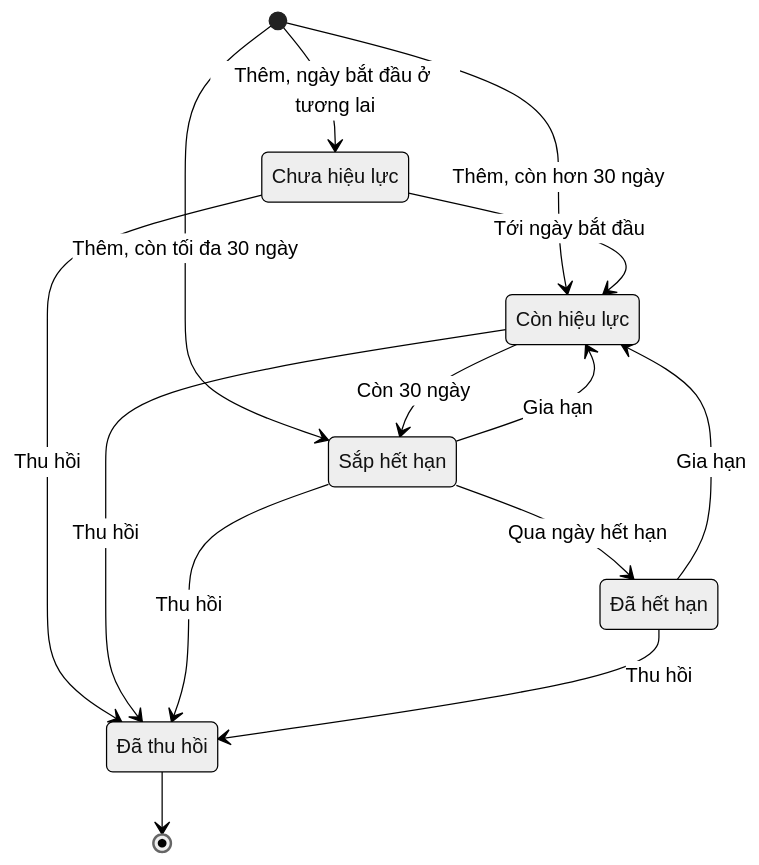
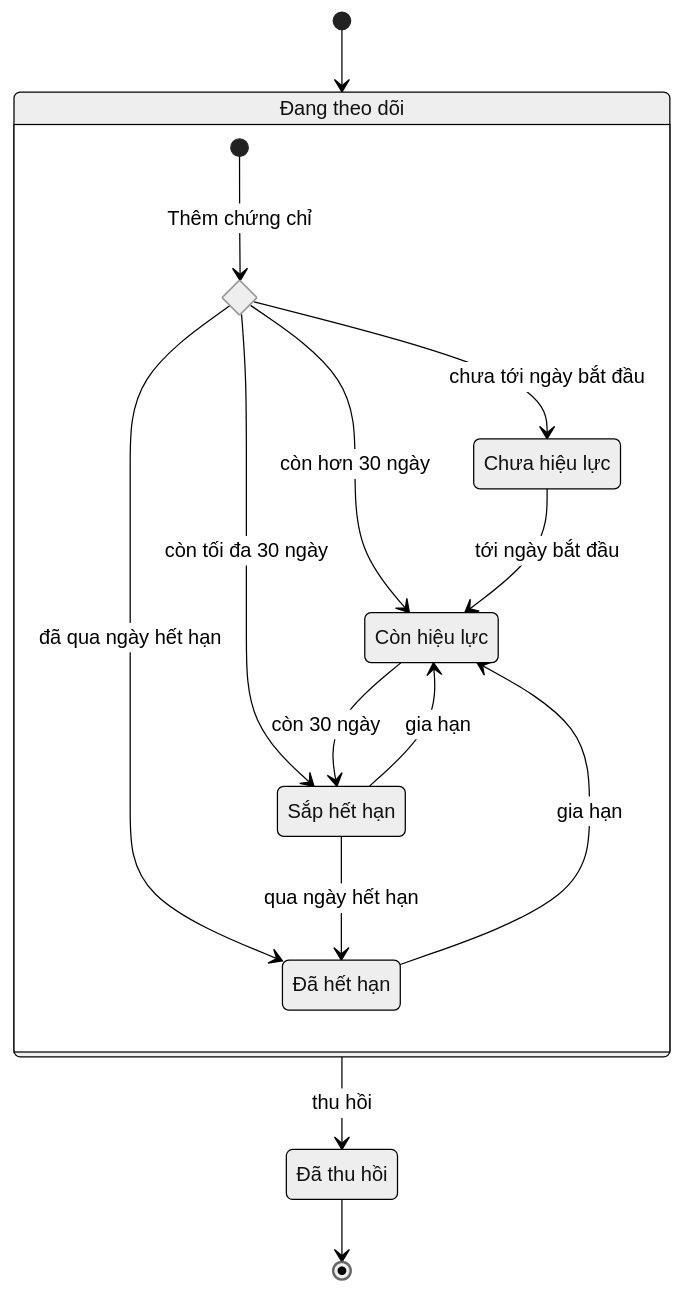
The diagram in docs/SPEC.md (sakuralegend/cipher), drawn with Mermaid (neutral theme) before and after one commit. The commit also changed other lines of this file and 1 other file, not shown here.

Commit message:
Sơ đồ trạng thái dùng trạng thái lớn "Đang theo dõi"; rút gọn nhãn sơ đồ trình tự
Vì sao: chụp trang GitHub 08/11/2026 thấy sơ đồ trạng thái ở SPEC báo "Unable to render rich display"
(Mermaid 11.4.1 ở máy vẽ được, nên lệch nằm ở bản Mermaid của GitHub), và bản cũ có 4 mũi tên Thu hồi
chéo nhau khó đọc. Bản mới gom 4 trạng thái còn theo dõi vào một trạng thái lớn, một mũi tên Thu hồi,
một nút rẽ nhánh khi thêm; đã vẽ thử được ở Mermaid 10.9.1 và 11.4.1.
Sơ đồ trình tự 4.2, 4.4 có nhãn dài làm sơ đồ rộng ra, GitHub thu nhỏ đến khó đọc: rút gọn nhãn,
phần giải thích chuyển ra câu dẫn.

````diff
--- a/docs/SPEC.md
+++ b/docs/SPEC.md
@@ -100,22 +102,25 @@
 ```mermaid
 stateDiagram-v2
-    state "Chưa hiệu lực" as ChuaHL
-    state "Còn hiệu lực" as ConHL
-    state "Sắp hết hạn" as SapHH
-    state "Đã hết hạn" as HetHan
+    direction TB
+    state "Đang theo dõi" as TheoDoi {
+        state chon <<choice>>
+        state "Chưa hiệu lực" as ChuaHL
+        state "Còn hiệu lực" as ConHL
+        state "Sắp hết hạn" as SapHH
+        state "Đã hết hạn" as HetHan
+        [*] --> chon: Thêm chứng chỉ
+        chon --> ChuaHL: chưa tới ngày bắt đầu
+        chon --> ConHL: còn hơn 30 ngày
+        chon --> SapHH: còn tối đa 30 ngày
+        chon --> HetHan: đã qua ngày hết hạn
+        ChuaHL --> ConHL: tới ngày bắt đầu
+        ConHL --> SapHH: còn 30 ngày
+        SapHH --> HetHan: qua ngày hết hạn
+        SapHH --> ConHL: gia hạn
+        HetHan --> ConHL: gia hạn
+    }
     state "Đã thu hồi" as ThuHoi
-
-    [*] --> ChuaHL: Thêm, ngày bắt đầu ở tương lai
-    [*] --> ConHL: Thêm, còn hơn 30 ngày
-    [*] --> SapHH: Thêm, còn tối đa 30 ngày
-    ChuaHL --> ConHL: Tới ngày bắt đầu
-    ConHL --> SapHH: Còn 30 ngày
-    SapHH --> HetHan: Qua ngày hết hạn
-    SapHH --> ConHL: Gia hạn
-    HetHan --> ConHL: Gia hạn
-    ChuaHL --> ThuHoi: Thu hồi
-    ConHL --> ThuHoi: Thu hồi
-    SapHH --> ThuHoi: Thu hồi
-    HetHan --> ThuHoi: Thu hồi
+    [*] --> TheoDoi
+    TheoDoi --> ThuHoi: thu hồi
     ThuHoi --> [*]
 ```
````
